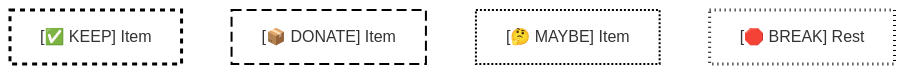
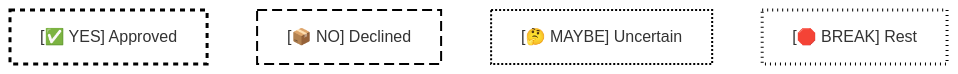
Before and after one commit to JackReis/neurodivergent-visual-org: the first of 14 diagrams in SKILL.md, drawn with Mermaid. The commit also changed other lines of this file, not shown here.

````diff
--- a/SKILL.md
+++ b/SKILL.md
@@ -182,13 +184,13 @@
 ```mermaid
 %%{init: {'theme':'base'}}%%
 flowchart TD
-    Keep["[✅ KEEP] Item"]
-    Donate["[📦 DONATE] Item"]
-    Maybe["[🤔 MAYBE] Item"]
+    Yes["[✅ YES] Approved"]
+    No["[📦 NO] Declined"]
+    Maybe["[🤔 MAYBE] Uncertain"]
     Break["[🛑 BREAK] Rest"]
 
-    style Keep fill:#ffffff,stroke:#000000,stroke-width:3px,stroke-dasharray: 5 5
-    style Donate fill:#ffffff,stroke:#000000,stroke-width:2px,stroke-dasharray: 10 5
+    style Yes fill:#ffffff,stroke:#000000,stroke-width:3px,stroke-dasharray: 5 5
+    style No fill:#ffffff,stroke:#000000,stroke-width:2px,stroke-dasharray: 10 5
     style Maybe fill:#ffffff,stroke:#000000,stroke-width:2px,stroke-dasharray: 2 2
     style Break fill:#ffffff,stroke:#000000,stroke-width:3px,stroke-dasharray: 1 4
 ```
````
